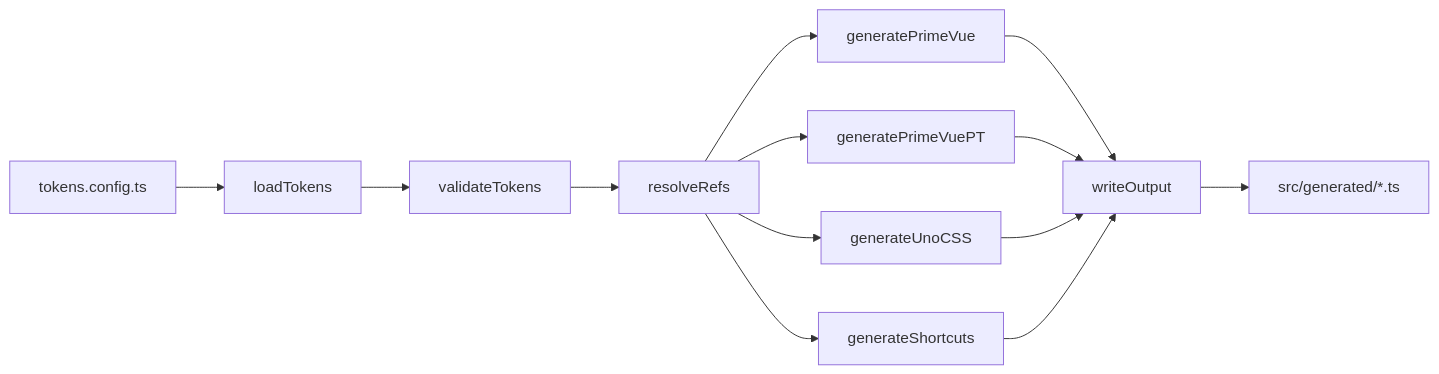
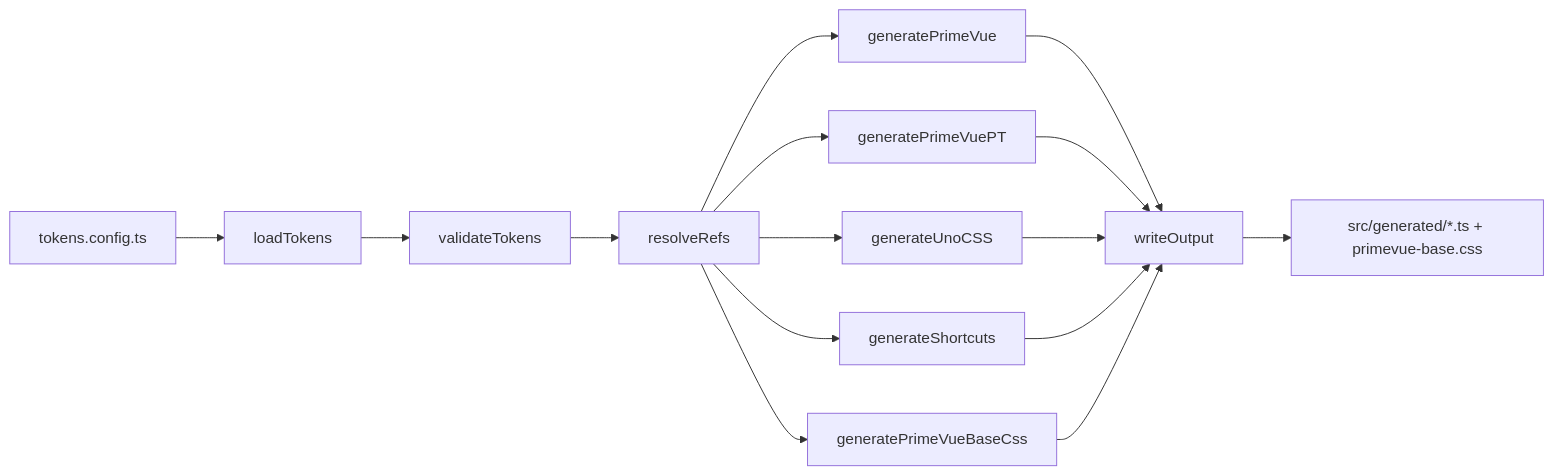
One commit to jfitzsimmons2/theme-unify changed the diagram in docs/architecture.md. Above: the diagram before and after it, drawn with Mermaid. The commit also changed other lines of this file and 23 other files, not shown here.

````diff
--- a/docs/architecture.md
+++ b/docs/architecture.md
@@ -16,15 +16,17 @@
 ```mermaid
 flowchart LR
   A[tokens.config.ts] --> B[loadTokens]
   B --> C[validateTokens]
   C --> D[resolveRefs]
   D --> E1[generatePrimeVue]
   D --> E2[generatePrimeVuePT]
   D --> E3[generateUnoCSS]
   D --> E4[generateShortcuts]
+  D --> E5[generatePrimeVueBaseCss]
   E1 --> F[writeOutput]
   E2 --> F
   E3 --> F
   E4 --> F
-  F --> G[src/generated/*.ts]
+  E5 --> F
+  F --> G[src/generated/*.ts + primevue-base.css]
 ```
````
